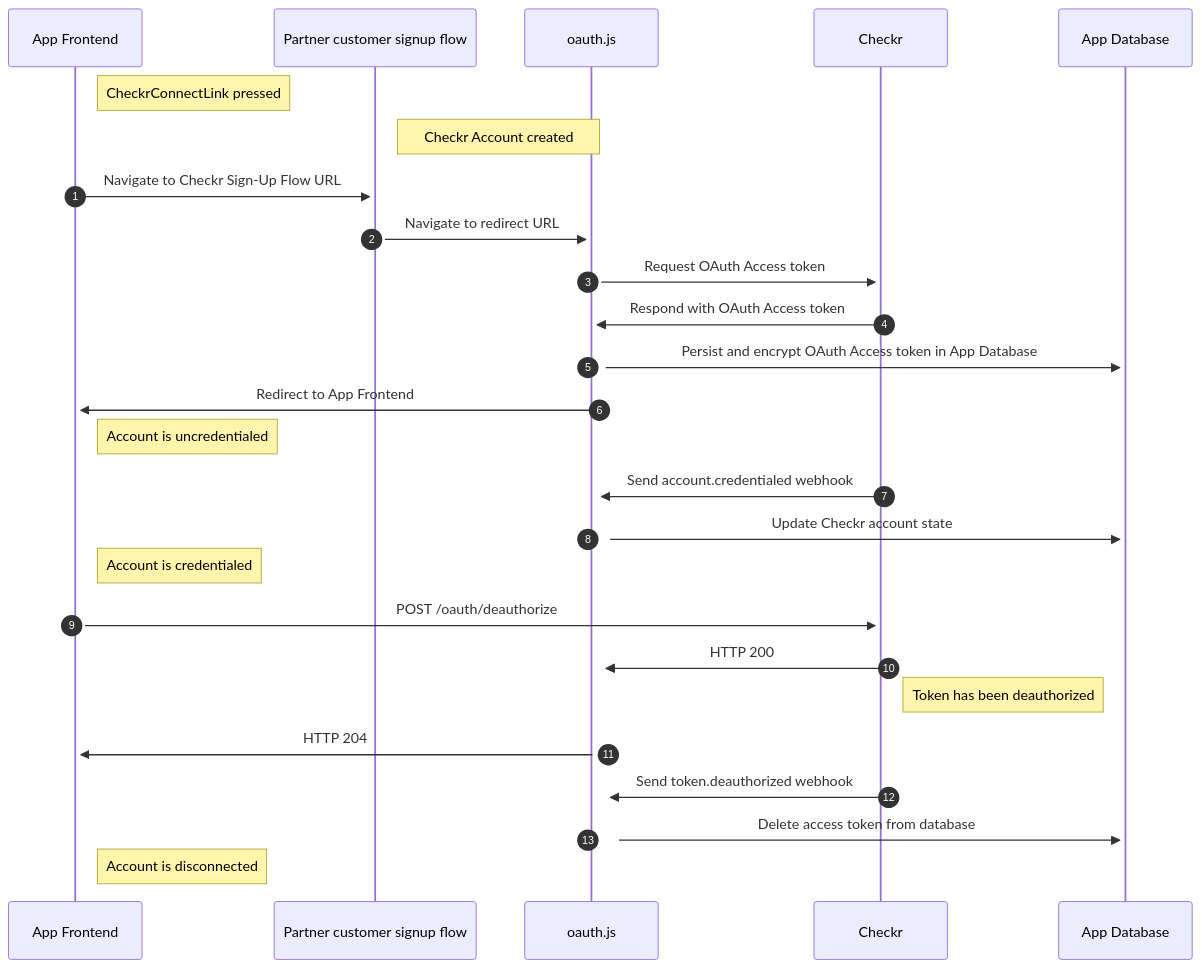
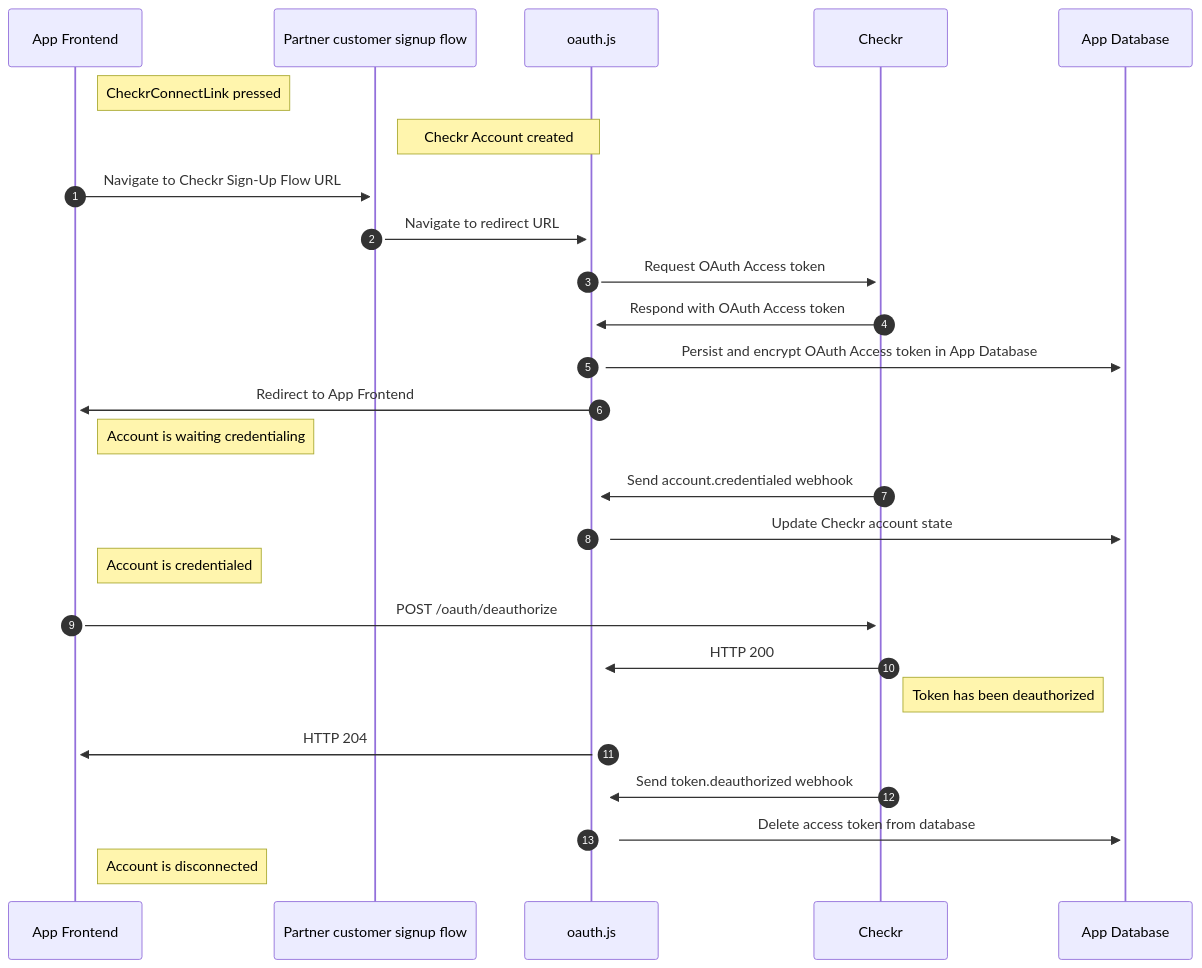
Before and after one commit to checkr/oauth-reference-integration: the diagram in README.md, drawn with Mermaid.

````diff
--- a/README.md
+++ b/README.md
@@ -47,28 +47,28 @@
 ```mermaid
 sequenceDiagram
   autonumber
 
     Note right of App Frontend: CheckrConnectLink pressed
     Note right of Partner customer signup flow: Checkr Account created
 
     App Frontend->>+Partner customer signup flow: Navigate to Checkr Sign-Up Flow URL
     Partner customer signup flow->>+oauth.js: Navigate to redirect URL
     oauth.js->>+Checkr: Request OAuth Access token
     Checkr->>+oauth.js: Respond with OAuth Access token
     oauth.js->>+App Database: Persist and encrypt OAuth Access token in App Database
     oauth.js->>+App Frontend: Redirect to App Frontend
 
-    Note right of App Frontend: Account is uncredentialed
+    Note right of App Frontend: Account is waiting credentialing
     Checkr->>+oauth.js: Send account.credentialed webhook
     oauth.js->>+App Database: Update Checkr account state
     Note right of App Frontend: Account is credentialed
 
     App Frontend->>+Checkr: POST /oauth/deauthorize
     Checkr->>+oauth.js: HTTP 200
     Note right of Checkr: Token has been deauthorized
     oauth.js->>+App Frontend: HTTP 204
     Checkr->>+oauth.js: Send token.deauthorized webhook
     oauth.js->>+App Database: Delete access token from database
     Note right of App Frontend: Account is disconnected
 
 ```
````
